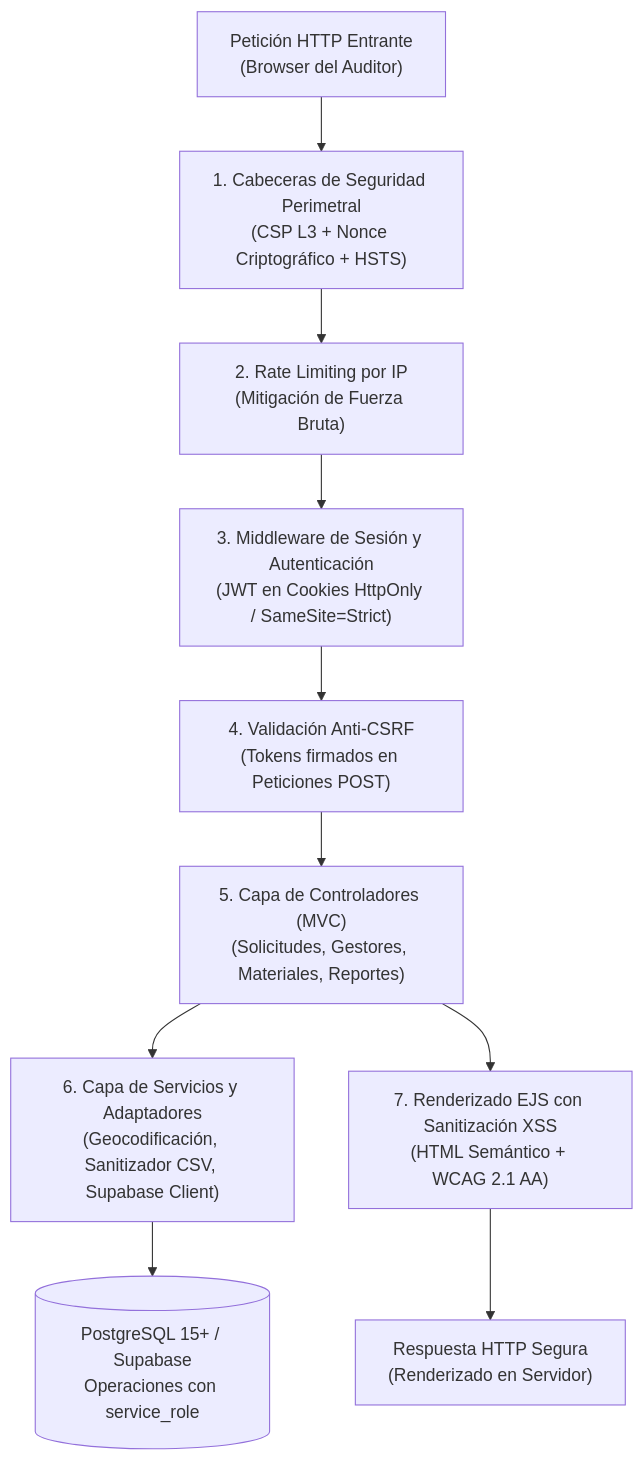
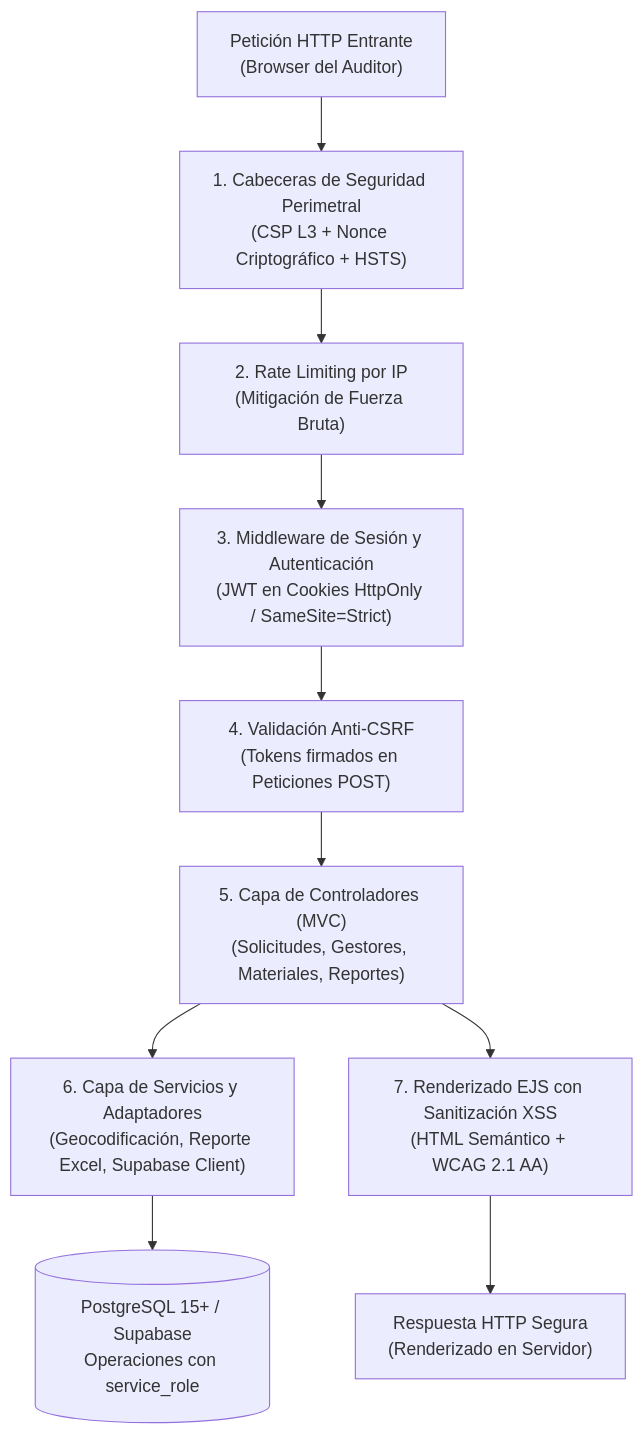
The diagram in admin-panel/README.md (C3RLOSMORENO/EcoResiduos), drawn with Mermaid before and after one commit. The commit also changed other lines of this file and 28 other files, not shown here.

````diff
--- a/admin-panel/README.md
+++ b/admin-panel/README.md
@@ -36,14 +36,14 @@
 ```mermaid
 flowchart TD
     REQ["Petición HTTP Entrante<br/>(Browser del Auditor)"] --> SEC_HEADERS["1. Cabeceras de Seguridad Perimetral<br/>(CSP L3 + Nonce Criptográfico + HSTS)"]
     SEC_HEADERS --> RATE_LIMIT["2. Rate Limiting por IP<br/>(Mitigación de Fuerza Bruta)"]
     RATE_LIMIT --> AUTH_MID["3. Middleware de Sesión y Autenticación<br/>(JWT en Cookies HttpOnly / SameSite=Strict)"]
     AUTH_MID --> CSRF_MID["4. Validación Anti-CSRF<br/>(Tokens firmados en Peticiones POST)"]
     CSRF_MID --> CONTROLLER["5. Capa de Controladores (MVC)<br/>(Solicitudes, Gestores, Materiales, Reportes)"]
     
-    CONTROLLER --> SERVICE["6. Capa de Servicios y Adaptadores<br/>(Geocodificación, Sanitizador CSV, Supabase Client)"]
+    CONTROLLER --> SERVICE["6. Capa de Servicios y Adaptadores<br/>(Geocodificación, Reporte Excel, Supabase Client)"]
     SERVICE --> DB[(PostgreSQL 15+ / Supabase<br/>Operaciones con service_role)]
     
     CONTROLLER --> EJS_VIEW["7. Renderizado EJS con Sanitización XSS<br/>(HTML Semántico + WCAG 2.1 AA)"]
     EJS_VIEW --> RESP["Respuesta HTTP Segura<br/>(Renderizado en Servidor)"]
 ```
````
